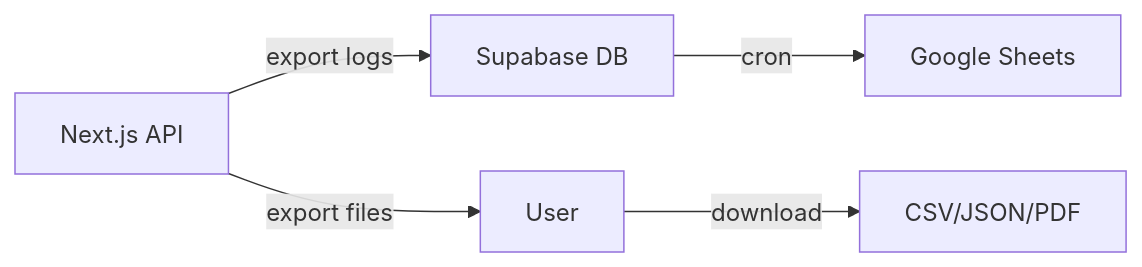
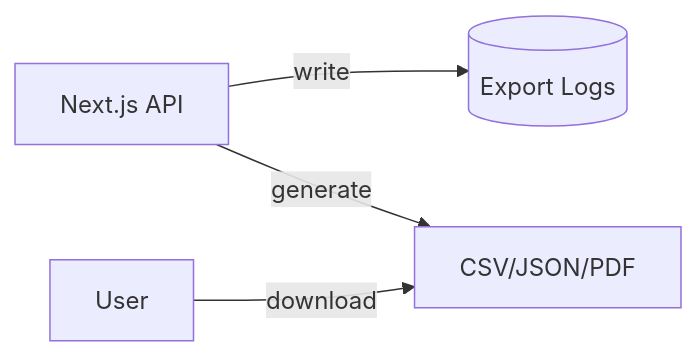
One commit to frpboy/sahakar-accounts changed the third of 4 diagrams in README.md. Above: the diagram before and after it, drawn with Mermaid. The commit also changed other lines of this file and 17 other files, not shown here.

Commit message:
docs: remove Google Sheets/Drive references; add Export Logs API; delete drive-folder route and sheets migrations; update reports and plans

````diff
--- a/README.md
+++ b/README.md
@@ -48,7 +48,6 @@
 ```mermaid
 flowchart LR
-    DB["Supabase DB"] -- cron --> Sheets["Google Sheets"]
-    API["Next.js API"] -- export logs --> DB
-    API -- export files --> User
-    User -- download --> ExportFile["CSV/JSON/PDF"]
+    API["Next.js API"] -- write --> ExportLogs[(Export Logs)]
+    API -- generate --> ExportFile["CSV/JSON/PDF"]
+    User -- download --> ExportFile
 ```
````
